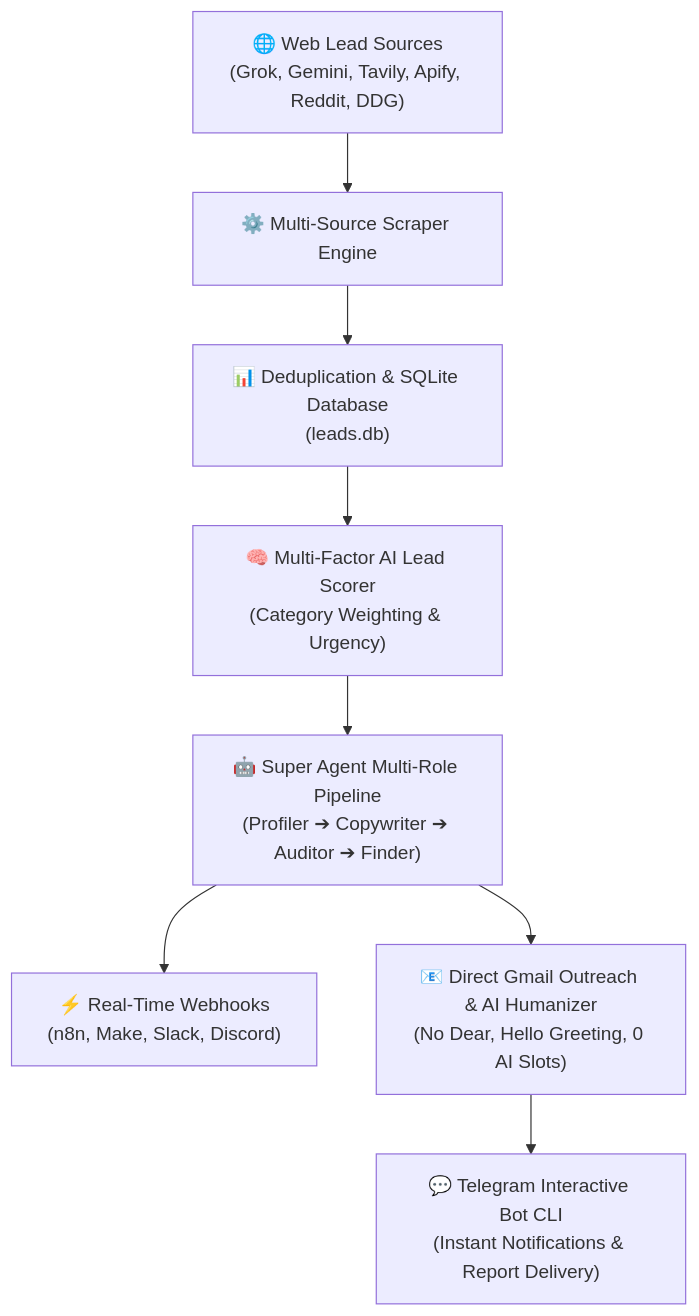
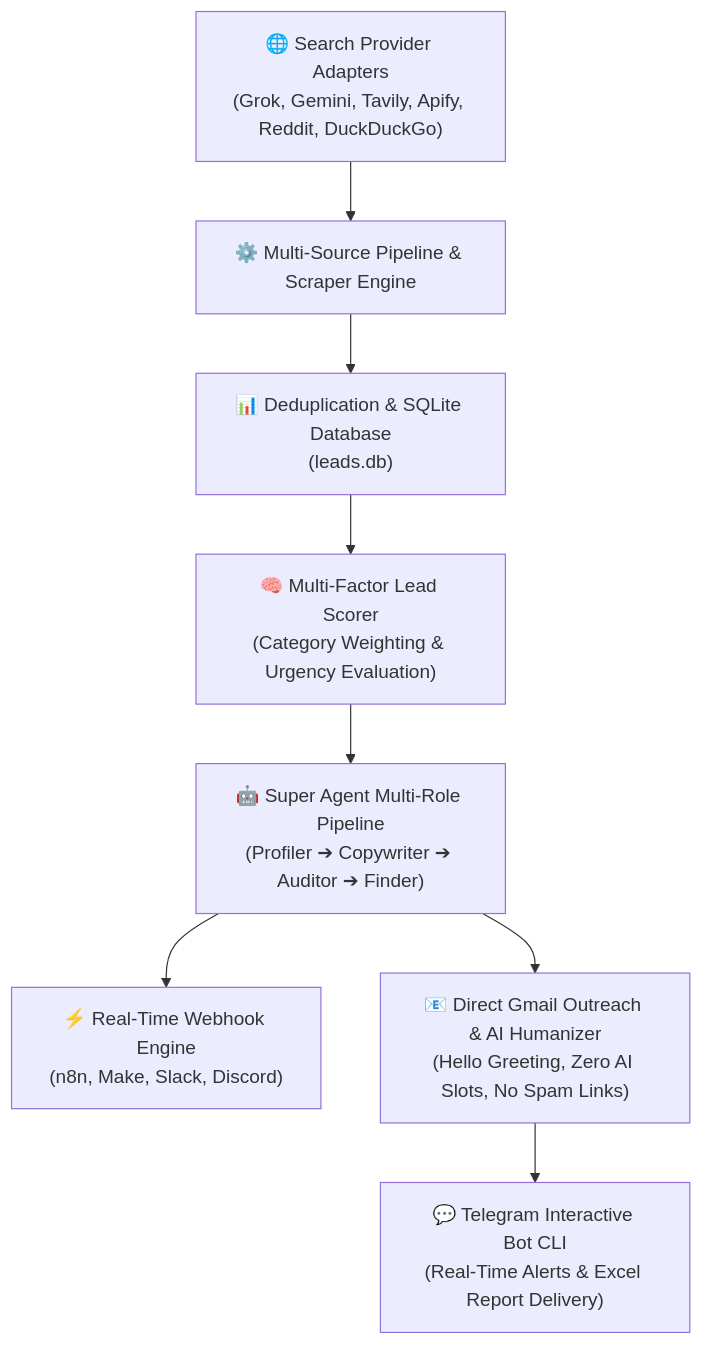
Before and after one commit to Shweta-Mishra-ai/leadgen: the first of 2 diagrams in README.md, drawn with Mermaid. The commit also changed other lines of this file, not shown here.

Commit message:
Update README.md with honest technical documentation, environment setup table, version v2.4.0 badge, and CLI entrypoint reference

````diff
--- a/README.md
+++ b/README.md
@@ -18,10 +19,10 @@
 ```mermaid
 graph TD
-    A["🌐 Web Lead Sources<br/>(Grok, Gemini, Tavily, Apify, Reddit, DDG)"] --> B["⚙️ Multi-Source Scraper Engine"]
+    A["🌐 Search Provider Adapters<br/>(Grok, Gemini, Tavily, Apify, Reddit, DuckDuckGo)"] --> B["⚙️ Multi-Source Pipeline & Scraper Engine"]
     B --> C["📊 Deduplication & SQLite Database<br/>(leads.db)"]
-    C --> D["🧠 Multi-Factor AI Lead Scorer<br/>(Category Weighting & Urgency)"]
+    C --> D["🧠 Multi-Factor Lead Scorer<br/>(Category Weighting & Urgency Evaluation)"]
     D --> E["🤖 Super Agent Multi-Role Pipeline<br/>(Profiler ➔ Copywriter ➔ Auditor ➔ Finder)"]
-    E --> F["⚡ Real-Time Webhooks<br/>(n8n, Make, Slack, Discord)"]
-    E --> G["📧 Direct Gmail Outreach & AI Humanizer<br/>(No Dear, Hello Greeting, 0 AI Slots)"]
-    G --> H["💬 Telegram Interactive Bot CLI<br/>(Instant Notifications & Report Delivery)"]
+    E --> F["⚡ Real-Time Webhook Engine<br/>(n8n, Make, Slack, Discord)"]
+    E --> G["📧 Direct Gmail Outreach & AI Humanizer<br/>(Hello Greeting, Zero AI Slots, No Spam Links)"]
+    G --> H["💬 Telegram Interactive Bot CLI<br/>(Real-Time Alerts & Excel Report Delivery)"]
 ```
````
